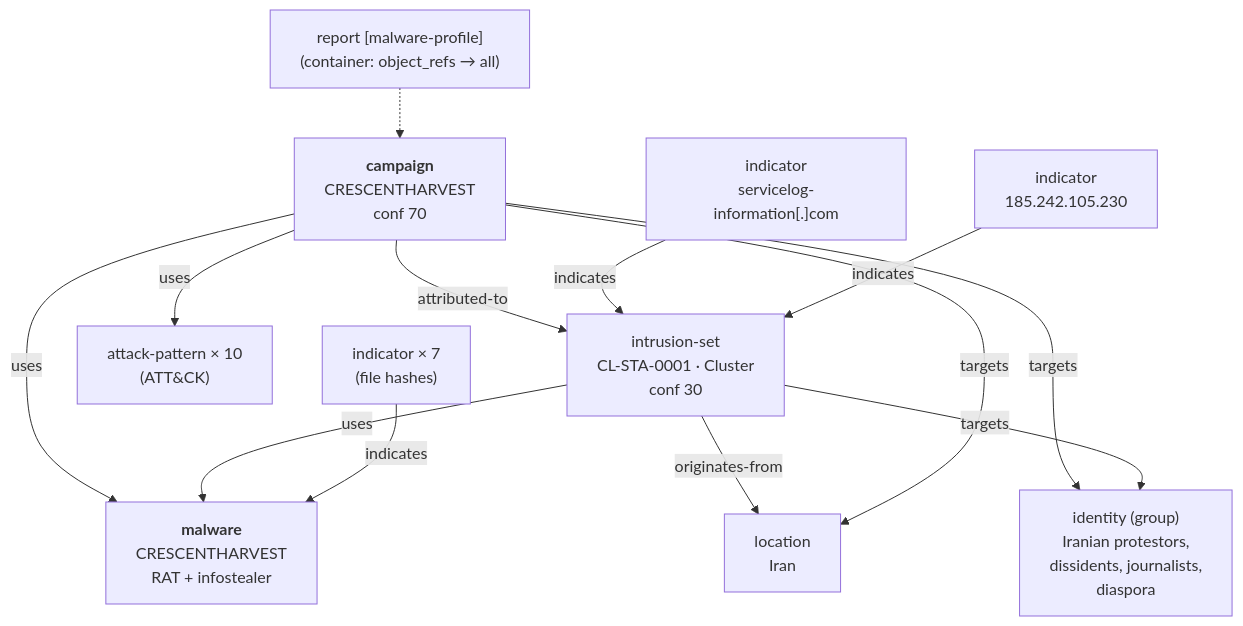
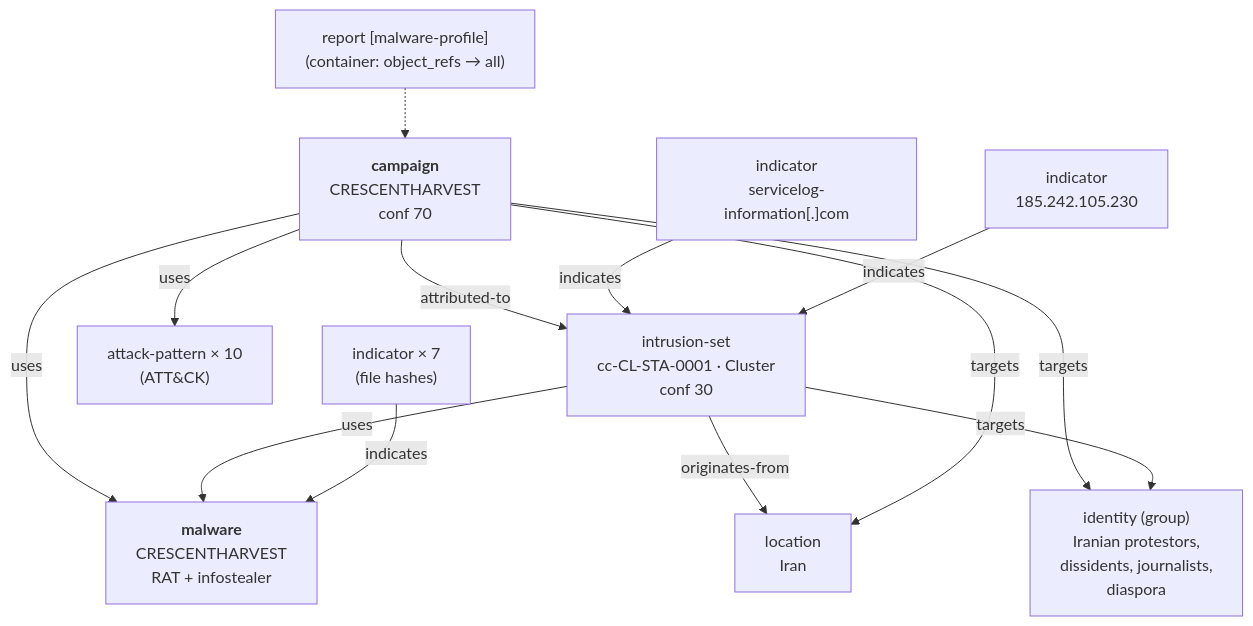
Before and after one commit to CTI-Center/PatchWork: the diagram in docs/Real-Examples/CRESCENTHARVEST.md, drawn with Mermaid. The commit also changed other lines of this file and 32 other files, not shown here.

````diff
--- a/docs/Real-Examples/CRESCENTHARVEST.md
+++ b/docs/Real-Examples/CRESCENTHARVEST.md
@@ -183,15 +129,15 @@
 ```mermaid
 flowchart TB
   RPT["report [malware-profile]<br/>(container: object_refs → all)"] -.-> CAM
-  CAM["<b>campaign</b><br/>CRESCENTHARVEST<br/>conf 70"] -->|attributed-to| IS["intrusion-set<br/>CL-STA-0001 · Cluster<br/>conf 30"]
+  CAM["<b>campaign</b><br/>CRESCENTHARVEST<br/>conf 70"] -->|attributed-to| IS["intrusion-set<br/>cc-CL-STA-0001 · Cluster<br/>conf 30"]
   CAM -->|uses| MAL["<b>malware</b><br/>CRESCENTHARVEST<br/>RAT + infostealer"]
   IS -->|uses| MAL
   IS -->|originates-from| IRAN["location<br/>Iran"]
   CAM -->|targets| VIC["identity (group)<br/>Iranian protestors,<br/>dissidents, journalists,<br/>diaspora"]
   CAM -->|targets| IRAN
   IS -->|targets| VIC
   CAM -->|uses| AP["attack-pattern × 10<br/>(ATT&CK)"]
   FIND["indicator × 7<br/>(file hashes)"] -->|indicates| MAL
   DOMIND["indicator<br/>servicelog-information[.]com"] -->|indicates| IS
   IPIND["indicator<br/>185.242.105.230"] -->|indicates| IS
 ```
````
